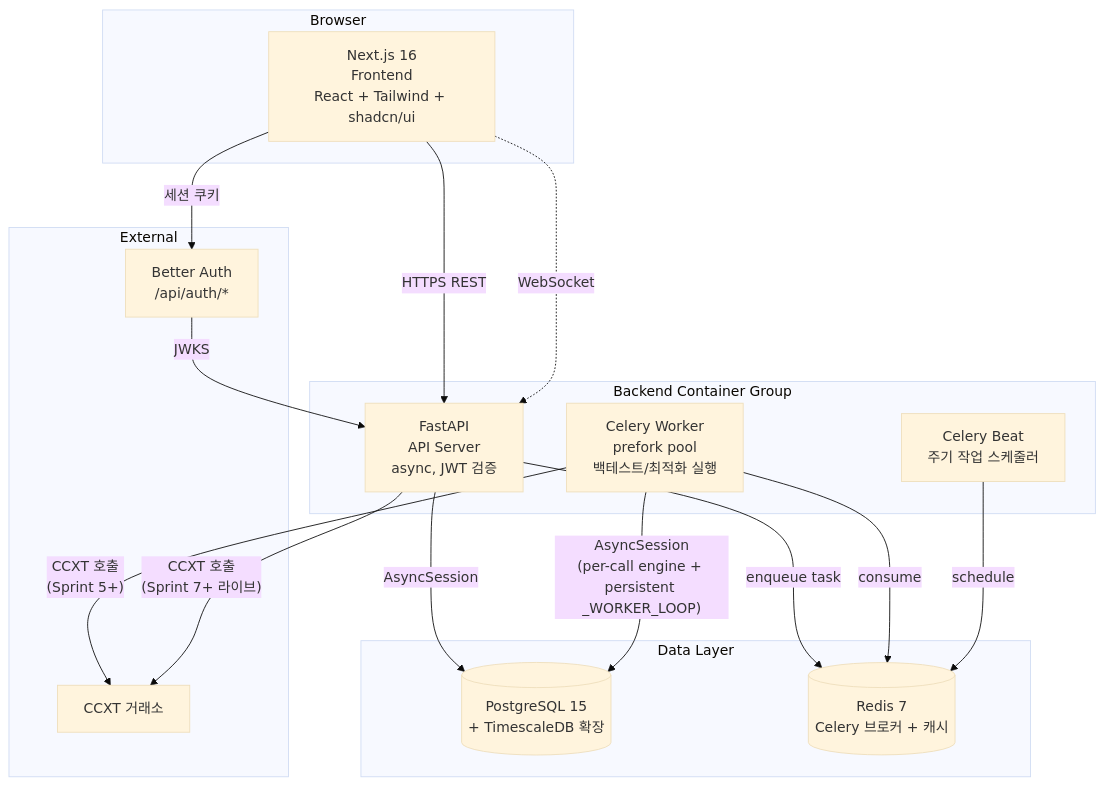
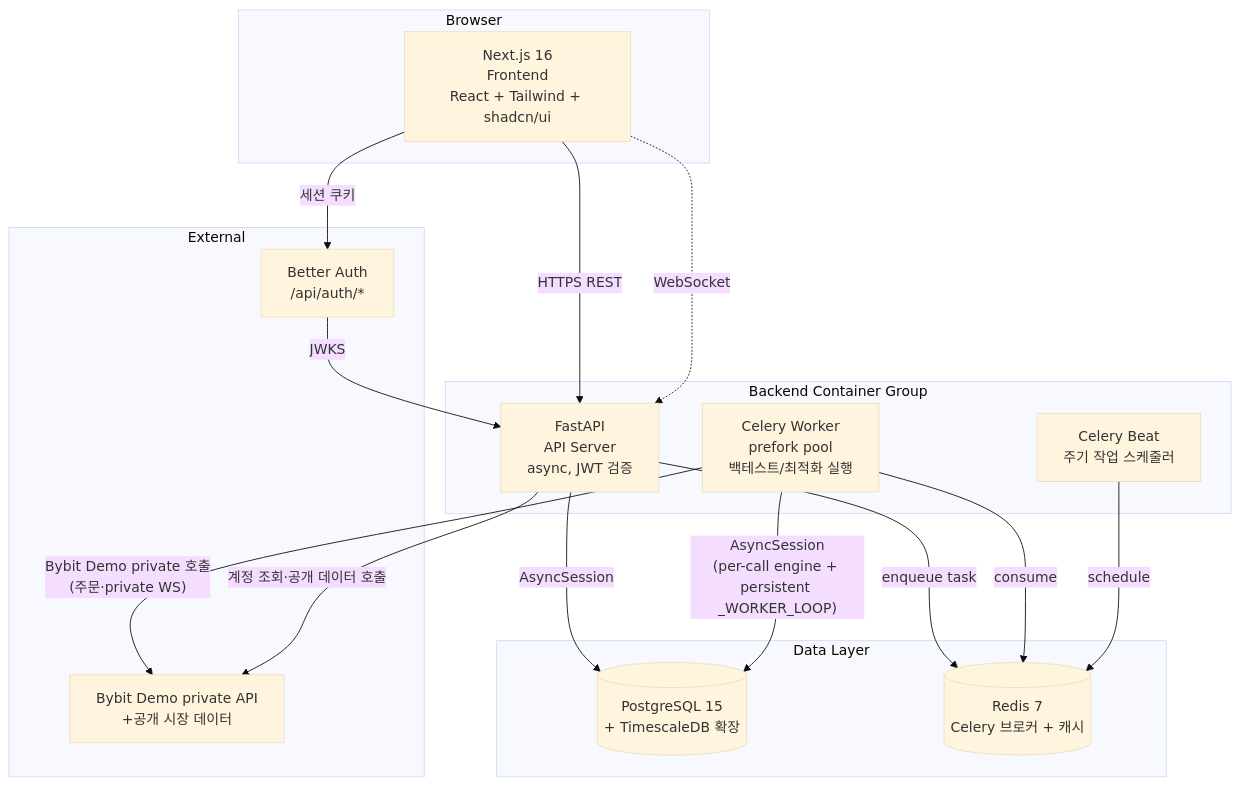
The second of 7 diagrams in docs/architecture/system-architecture.md (woosung-dev/quantbridge), drawn with Mermaid (base theme) before and after one commit. The commit also changed other lines of this file and 167 other files, not shown here.

````diff
--- a/docs/architecture/system-architecture.md
+++ b/docs/architecture/system-architecture.md
@@ -38,37 +38,37 @@
 ```mermaid
 flowchart TB
     subgraph Browser["Browser"]
         FE[Next.js 16\nFrontend\nReact + Tailwind + shadcn/ui]
     end
 
     subgraph Backend["Backend Container Group"]
         API[FastAPI\nAPI Server\nasync, JWT 검증]
         Worker[Celery Worker\nprefork pool\n백테스트/최적화 실행]
         Beat[Celery Beat\n주기 작업 스케줄러]
     end
 
     subgraph Data["Data Layer"]
         DB[(PostgreSQL 15\n+ TimescaleDB 확장)]
         Redis[(Redis 7\nCelery 브로커 + 캐시)]
     end
 
     subgraph External["External"]
         Auth[Better Auth\n/api/auth/*]
-        Exch[CCXT 거래소]
+        Exch[Bybit Demo private API\n+공개 시장 데이터]
     end
 
     FE -- HTTPS REST --> API
     FE -. WebSocket .-> API
     FE -- 세션 쿠키 --> Auth
     Auth -- JWKS --> API
 
     API -- AsyncSession --> DB
     API -- enqueue task --> Redis
 
     Worker -- consume --> Redis
     Worker -- AsyncSession\n(per-call engine + persistent _WORKER_LOOP) --> DB
     Beat -- schedule --> Redis
 
-    Worker -- CCXT 호출\n(Sprint 5+) --> Exch
-    API -- CCXT 호출\n(Sprint 7+ 라이브) --> Exch
+    Worker -- Bybit Demo private 호출\n(주문·private WS) --> Exch
+    API -- 계정 조회·공개 데이터 호출 --> Exch
 ```
````
